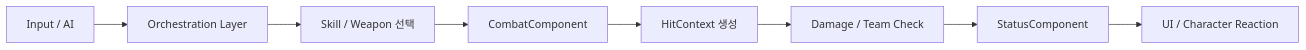
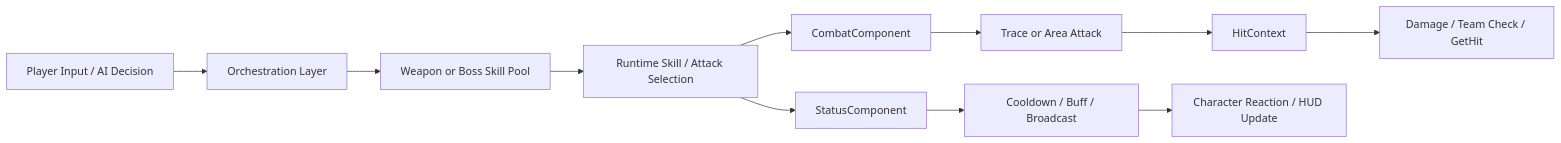
The first of 2 diagrams in README.md (yeunseo0517-del/ActionCombat), drawn with Mermaid before and after one commit. The commit also changed other lines of this file, not shown here.

````diff
--- a/README.md
+++ b/README.md
@@ -35,10 +38,14 @@
 ```mermaid
 flowchart LR
-A[Input / AI] --> B[Orchestration Layer]
-B --> C[Skill / Weapon 선택]
-C --> D[CombatComponent]
-D --> E[HitContext 생성]
-E --> F[Damage / Team Check]
-F --> G[StatusComponent]
-G --> H[UI / Character Reaction]
+    A["Player Input / AI Decision"] --> B["Orchestration Layer"]
+    B --> C["Weapon or Boss Skill Pool"]
+    C --> D["Runtime Skill / Attack Selection"]
+    D --> E["CombatComponent"]
+    E --> F["Trace or Area Attack"]
+    F --> G["HitContext"]
+    G --> H["Damage / Team Check / GetHit"]
+
+    D --> I["StatusComponent"]
+    I --> J["Cooldown / Buff / Broadcast"]
+    J --> K["Character Reaction / HUD Update"]
 ```
````
